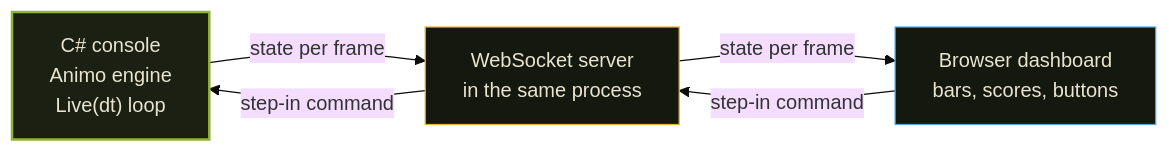
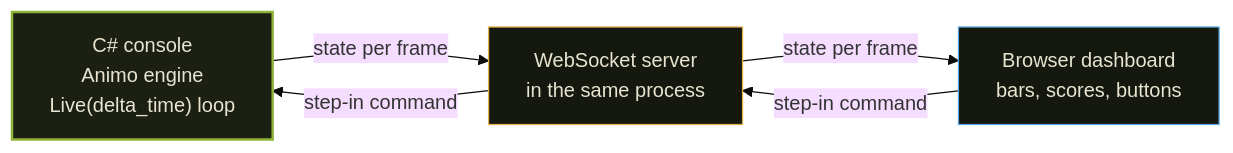
Before and after one commit to hiroxpepe/animo: the first of 3 diagrams in docs/live_monitor_plan.md, drawn with Mermaid (base theme). The commit also changed other lines of this file and 72 other files, not shown here.

````diff
--- a/docs/live_monitor_plan.md
+++ b/docs/live_monitor_plan.md
@@ -29,13 +29,13 @@
 ```mermaid
 flowchart LR
-  E["C# console<br/>Animo engine<br/>Live(dt) loop"]
+  E["C# console<br/>Animo engine<br/>Live(delta_time) loop"]
   S["WebSocket server<br/>in the same process"]
   B["Browser dashboard<br/>bars, scores, buttons"]
   E -- "state per frame" --> S
   S -- "state per frame" --> B
   B -- "step-in command" --> S
   S -- "step-in command" --> E
   style E fill:#1b2013,stroke:#8fb339,stroke-width:2px,color:#e8e4d0
   style S fill:#14180f,stroke:#e8b04b,color:#e8e4d0
   style B fill:#14180f,stroke:#5aa9e6,color:#e8e4d0
 ```
````
